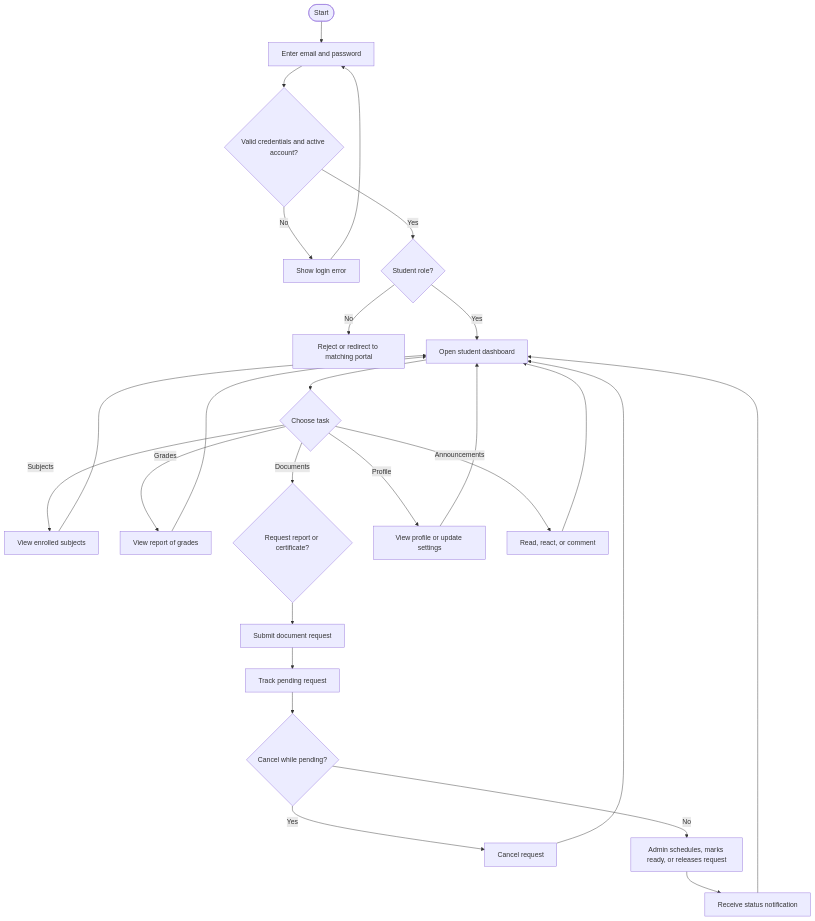
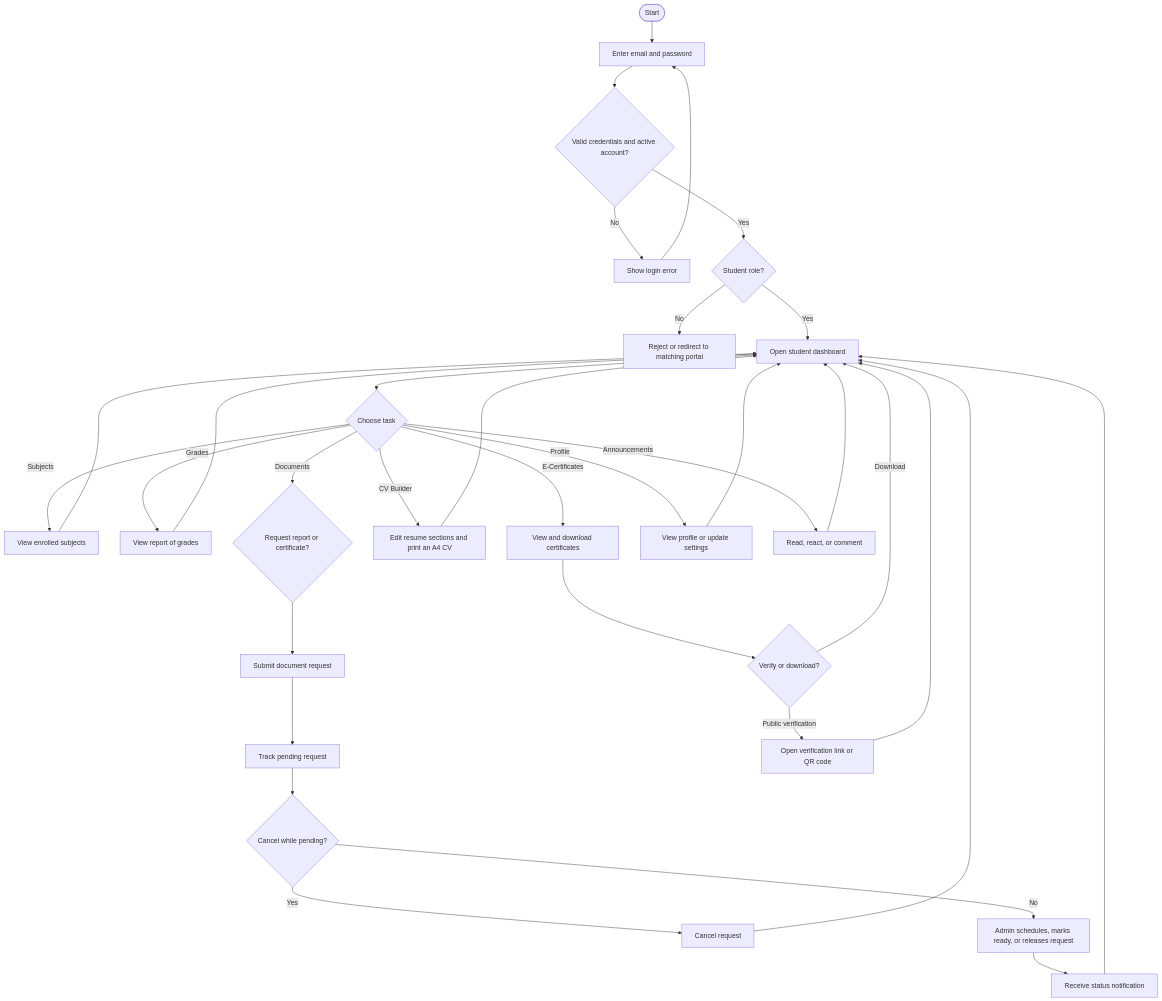
The eighth of 8 diagrams in SYSTEM_DIAGRAMS.md (Avigilon3/Academic_portal), drawn with Mermaid before and after one commit. The commit also changed other lines of this file and 22 other files, not shown here.

````diff
--- a/SYSTEM_DIAGRAMS.md
+++ b/SYSTEM_DIAGRAMS.md
@@ -456,31 +502,39 @@
 ```mermaid
 flowchart TD
     start([Start]) --> login[Enter email and password]
     login --> active{Valid credentials and active account?}
     active -- No --> loginError[Show login error]
     loginError --> login
     active -- Yes --> role{Student role?}
     role -- No --> denied[Reject or redirect to matching portal]
     role -- Yes --> dashboard[Open student dashboard]
 
     dashboard --> task{Choose task}
     task -->|Subjects| subjects[View enrolled subjects]
     task -->|Grades| grades[View report of grades]
     task -->|Documents| requestType{Request report or certificate?}
+    task -->|CV Builder| resume[Edit resume sections and print an A4 CV]
+    task -->|E-Certificates| certificates[View and download certificates]
     task -->|Profile| profile[View profile or update settings]
     task -->|Announcements| interact[Read, react, or comment]
 
     requestType --> submitRequest[Submit document request]
     submitRequest --> pending[Track pending request]
     pending --> cancel{Cancel while pending?}
     cancel -- Yes --> cancelled[Cancel request]
     cancel -- No --> adminAction[Admin schedules, marks ready, or releases request]
     adminAction --> statusNotice[Receive status notification]
 
     subjects --> dashboard
     grades --> dashboard
+    resume --> dashboard
+    certificates --> verify{Verify or download?}
+    verify -->|Download| dashboard
+    verify -->|Public verification| publicCheck[Open verification link or QR code]
+    publicCheck --> dashboard
     profile --> dashboard
     interact --> dashboard
     cancelled --> dashboard
     statusNotice --> dashboard
+
 ```
````
